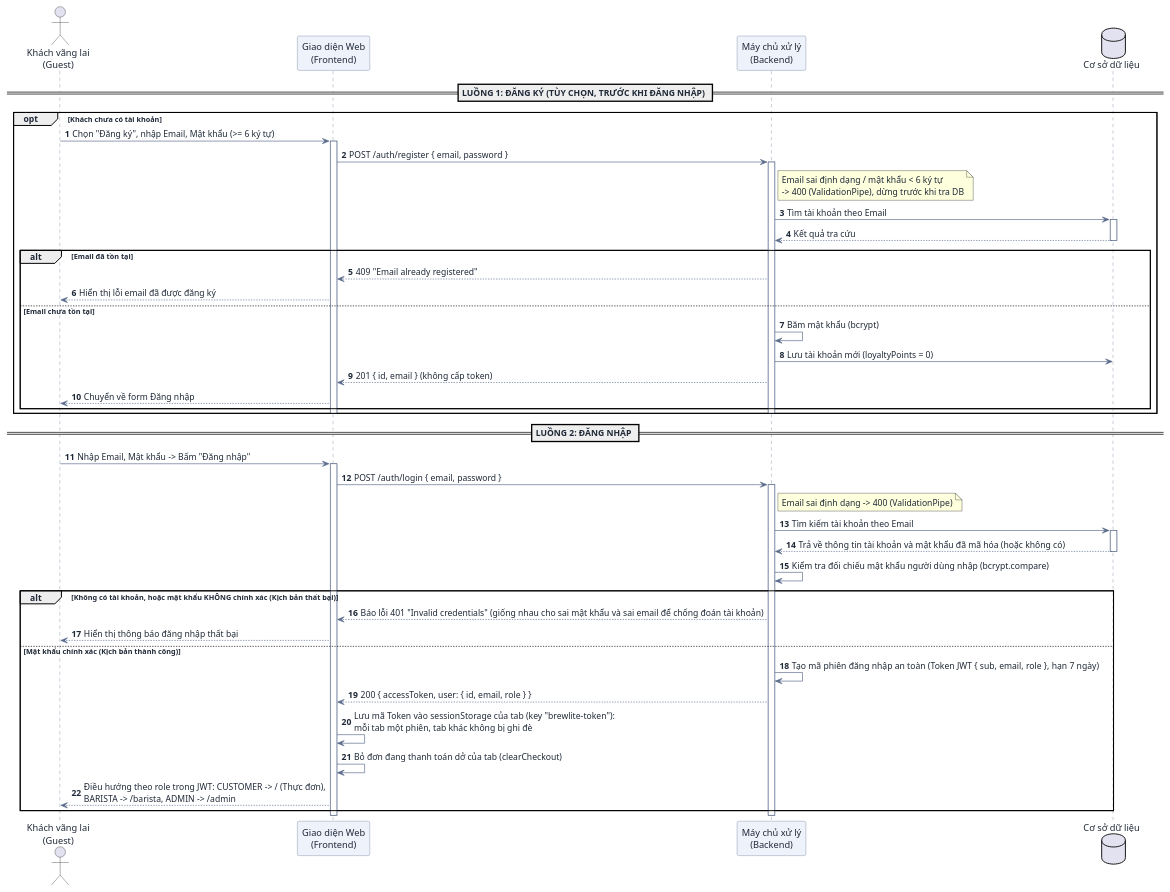
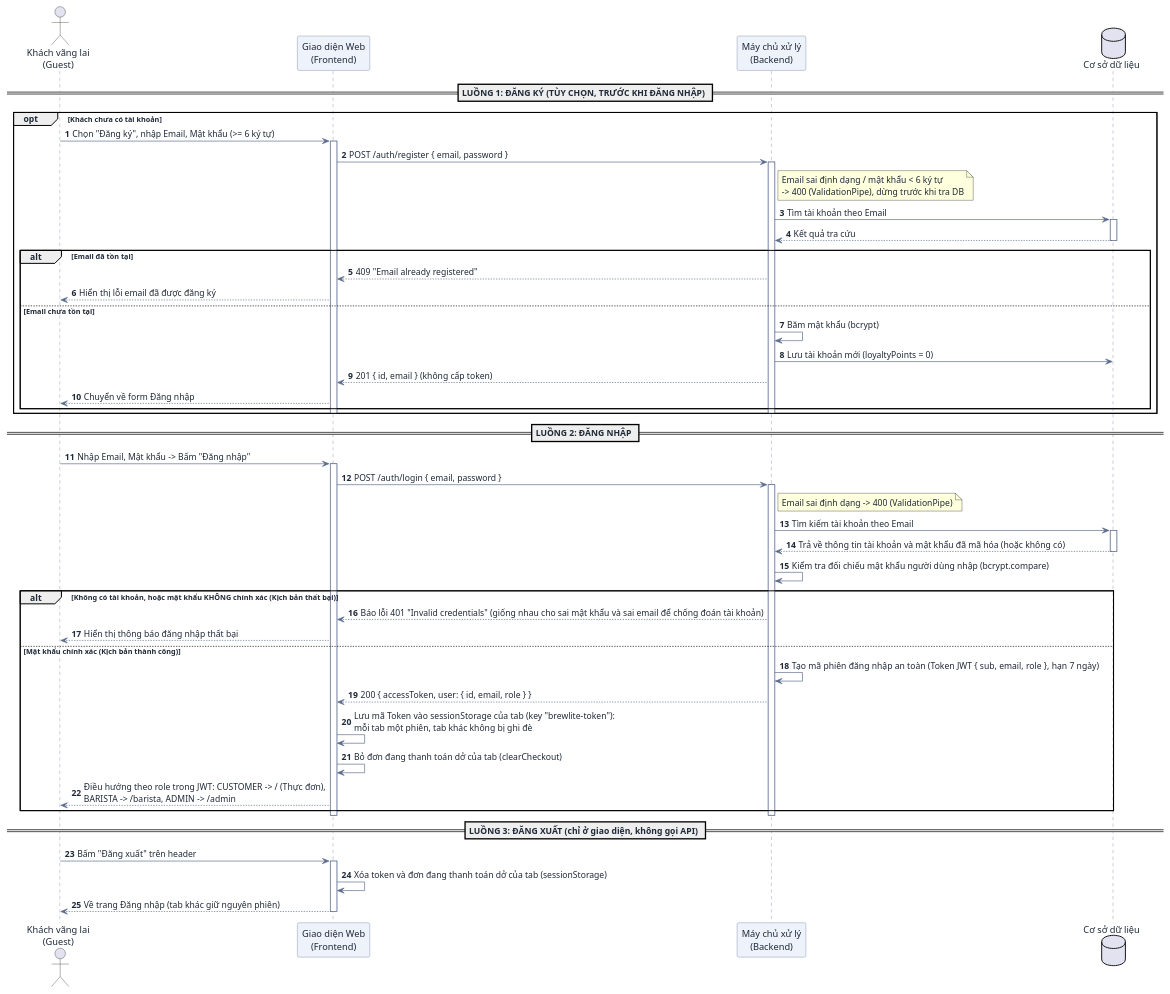
Before and after one commit to DuVinhLoi/BrewLite: the third of 9 diagrams in docs/user-sequence-specifications.md, drawn with PlantUML. The commit also changed other lines of this file and 2 other files, not shown here.

Commit message:
feat(frontend): header hien tai khoan cua tab va nut Dang xuat
Header hien email + nhan vai tro (ROLE_LABEL) cua tab, doc lai moi lan doi trang; Dang xuat
goi clearToken + clearCheckout roi ve /login, chi tab do bi dang xuat. Them luong 3 vao so do 2.3.

````diff
--- a/docs/user-sequence-specifications.md
+++ b/docs/user-sequence-specifications.md
@@ -225,66 +225,73 @@
 ```plantuml
 @startuml
 skinparam DefaultFontColor #1f2937
 skinparam ArrowColor #5b6b8c
 skinparam SequenceParticipantBackgroundColor #eef2fb
 skinparam SequenceParticipantBorderColor #5b6b8c
 skinparam SequenceLifeLineBorderColor #5b6b8c
 
 autonumber
 actor "Khách vãng lai\n(Guest)" as User
 participant "Giao diện Web\n(Frontend)" as FE
 participant "Máy chủ xử lý\n(Backend)" as BE
 database "Cơ sở dữ liệu" as DB
 
 == LUỒNG 1: ĐĂNG KÝ (TÙY CHỌN, TRƯỚC KHI ĐĂNG NHẬP) ==
 opt Khách chưa có tài khoản
     User -> FE : Chọn "Đăng ký", nhập Email, Mật khẩu (>= 6 ký tự)
     activate FE
     FE -> BE : POST /auth/register { email, password }
     activate BE
     note right of BE : Email sai định dạng / mật khẩu < 6 ký tự\n-> 400 (ValidationPipe), dừng trước khi tra DB
     BE -> DB : Tìm tài khoản theo Email
     activate DB
     DB --> BE : Kết quả tra cứu
     deactivate DB
     alt Email đã tồn tại
         BE --> FE : 409 "Email already registered"
         FE --> User : Hiển thị lỗi email đã được đăng ký
     else Email chưa tồn tại
         BE -> BE : Băm mật khẩu (bcrypt)
         BE -> DB : Lưu tài khoản mới (loyaltyPoints = 0)
         BE --> FE : 201 { id, email } (không cấp token)
         FE --> User : Chuyển về form Đăng nhập
     end
     deactivate BE
     deactivate FE
 end
 
 == LUỒNG 2: ĐĂNG NHẬP ==
 User -> FE : Nhập Email, Mật khẩu -> Bấm "Đăng nhập"
 activate FE
 FE -> BE : POST /auth/login { email, password }
 activate BE
 note right of BE : Email sai định dạng -> 400 (ValidationPipe)
 
 BE -> DB : Tìm kiếm tài khoản theo Email
 activate DB
 DB --> BE : Trả về thông tin tài khoản và mật khẩu đã mã hóa (hoặc không có)
 deactivate DB
 
 BE -> BE : Kiểm tra đối chiếu mật khẩu người dùng nhập (bcrypt.compare)
 
 alt Không có tài khoản, hoặc mật khẩu KHÔNG chính xác (Kịch bản thất bại)
     BE --> FE : Báo lỗi 401 "Invalid credentials" (giống nhau cho sai mật khẩu và sai email để chống đoán tài khoản)
     FE --> User : Hiển thị thông báo đăng nhập thất bại
 else Mật khẩu chính xác (Kịch bản thành công)
     BE -> BE : Tạo mã phiên đăng nhập an toàn (Token JWT { sub, email, role }, hạn 7 ngày)
     BE --> FE : 200 { accessToken, user: { id, email, role } }
     FE -> FE : Lưu mã Token vào sessionStorage của tab (key "brewlite-token"):\nmỗi tab một phiên, tab khác không bị ghi đè
     FE -> FE : Bỏ đơn đang thanh toán dở của tab (clearCheckout)
     FE --> User : Điều hướng theo role trong JWT: CUSTOMER -> / (Thực đơn),\nBARISTA -> /barista, ADMIN -> /admin
 end
 deactivate BE
 deactivate FE
+
+== LUỒNG 3: ĐĂNG XUẤT (chỉ ở giao diện, không gọi API) ==
+User -> FE : Bấm "Đăng xuất" trên header
+activate FE
+FE -> FE : Xóa token và đơn đang thanh toán dở của tab (sessionStorage)
+FE --> User : Về trang Đăng nhập (tab khác giữ nguyên phiên)
+deactivate FE
 @enduml
 ```
````
